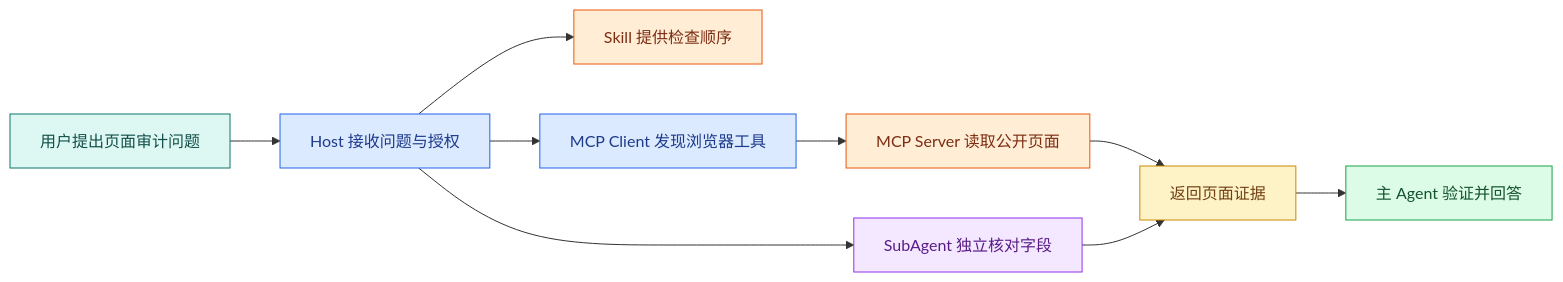
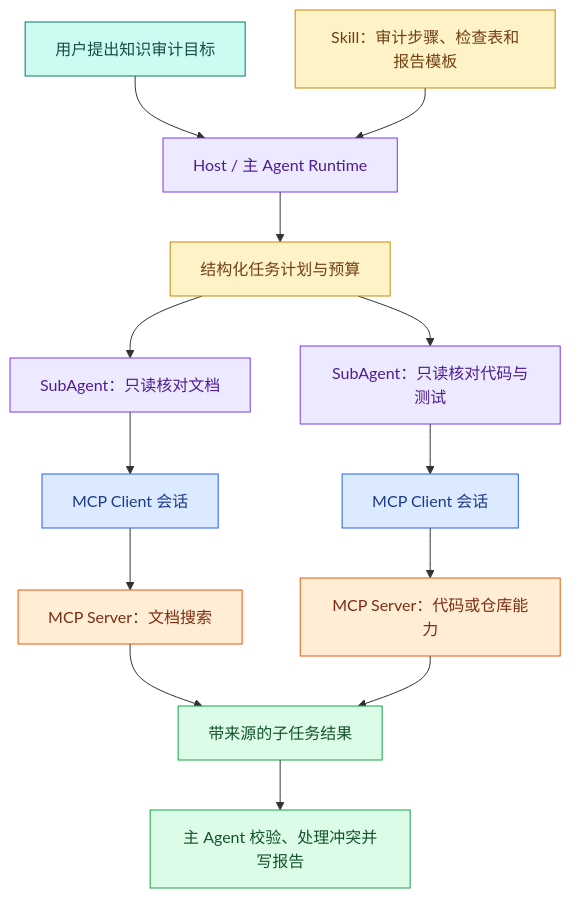
Before and after one commit to upJiang/jiang-blog-vitepress: the diagram in docs/ai-agent/mcp-skills-subagents.md, drawn with Mermaid. The commit also changed other lines of this file and 425 other files, not shown here.

````diff
--- a/docs/ai-agent/mcp-skills-subagents.md
+++ b/docs/ai-agent/mcp-skills-subagents.md
@@ -29,24 +76,27 @@
 ```mermaid
-flowchart LR
-  U[用户提出页面审计问题] --> H[Host 接收问题与授权]
-  H --> K[Skill 提供检查顺序]
-  H --> C[MCP Client 发现浏览器工具]
-  C --> S[MCP Server 读取公开页面]
-  H --> A[SubAgent 独立核对字段]
-  S --> D[返回页面证据]
-  A --> D
-  D --> V[主 Agent 验证并回答]
-
-  classDef input fill:#DDF8F2,stroke:#0F766E,color:#134E4A;
-  classDef program fill:#DBEAFE,stroke:#2563EB,color:#1E3A8A;
-  classDef tool fill:#FFEDD5,stroke:#EA580C,color:#7C2D12;
-  classDef model fill:#F3E8FF,stroke:#9333EA,color:#581C87;
-  classDef data fill:#FEF3C7,stroke:#CA8A04,color:#713F12;
-  classDef success fill:#DCFCE7,stroke:#16A34A,color:#14532D;
-  class U input;
-  class H,C program;
-  class K,S tool;
-  class A model;
-  class D data;
-  class V success;
+flowchart TB
+  U[用户提出知识审计目标] --> H[Host / 主 Agent Runtime]
+  S[Skill：审计步骤、检查表和报告模板] --> H
+  H --> P[结构化任务计划与预算]
+  P --> A1[SubAgent：只读核对文档]
+  P --> A2[SubAgent：只读核对代码与测试]
+  A1 --> C1[MCP Client 会话]
+  A2 --> C2[MCP Client 会话]
+  C1 --> M1[MCP Server：文档搜索]
+  C2 --> M2[MCP Server：代码或仓库能力]
+  M1 --> R[带来源的子任务结果]
+  M2 --> R
+  R --> V[主 Agent 校验、处理冲突并写报告]
+  classDef input fill:#ccfbf1,stroke:#0f766e,color:#134e4a
+  classDef program fill:#dbeafe,stroke:#2563eb,color:#1e3a8a
+  classDef data fill:#fef3c7,stroke:#ca8a04,color:#713f12
+  classDef model fill:#ede9fe,stroke:#7c3aed,color:#4c1d95
+  classDef tool fill:#ffedd5,stroke:#ea580c,color:#7c2d12
+  classDef ok fill:#dcfce7,stroke:#16a34a,color:#14532d
+  class U input
+  class S,P data
+  class H,A1,A2 model
+  class C1,C2 program
+  class M1,M2 tool
+  class R,V ok
 ```
````
